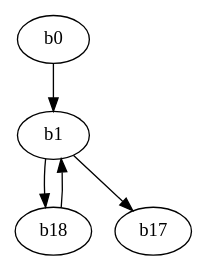
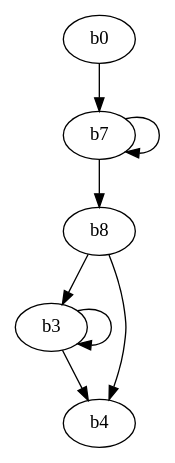
The diagram in MiniOptIm3/after.dot (JoelWAnna/MiniOptimizingCompiler), drawn with Graphviz before and after one commit. The commit also changed 8 other files, not shown here.

```diff
--- a/MiniOptIm3/after.dot
+++ b/MiniOptIm3/after.dot
@@ -1,7 +1,10 @@
 digraph MIL {
   b0;
-  b0 -> b1;
-  b18 -> b1;
-  b1 -> b17;
-  b1 -> b18;
+  b0 -> b7;
+  b7 -> b7;
+  b7 -> b8;
+  b8 -> b3;
+  b3 -> b3;
+  b8 -> b4;
+  b3 -> b4;
 }
```
